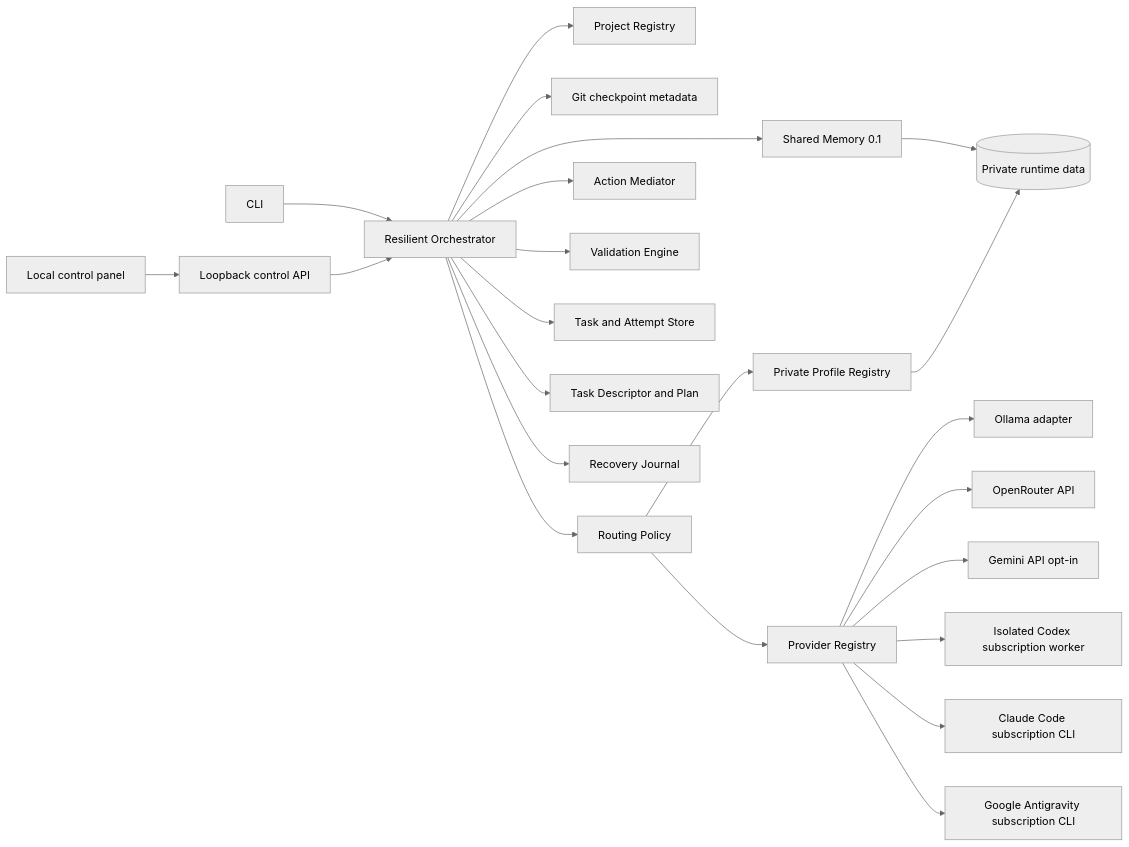
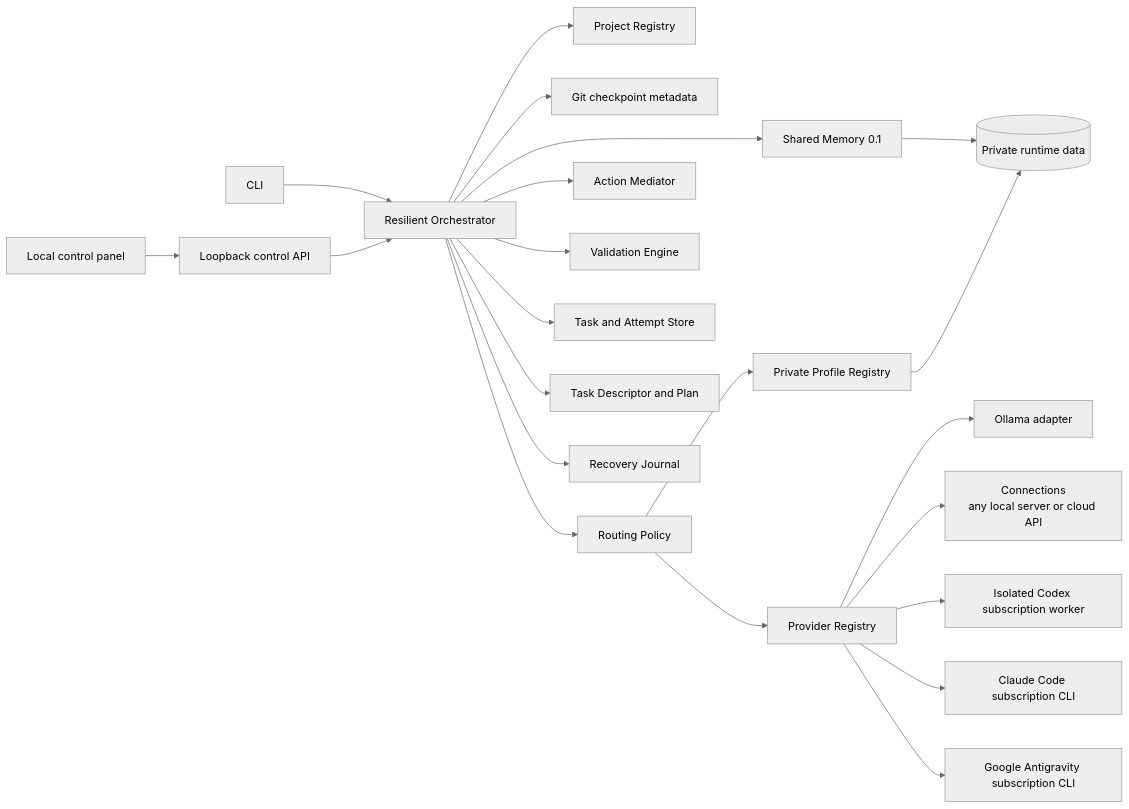
One commit to ricdegre/AI-Router changed the second of 2 diagrams in README.md. Above: the diagram before and after it, drawn with Mermaid (neutral theme). The commit also changed other lines of this file and 30 other files, not shown here.

First line of the commit message:
Connections for any model: local servers and cloud APIs from the dashboard

````diff
--- a/README.md
+++ b/README.md
@@ -87,25 +88,24 @@
 ```mermaid
 flowchart LR
     UI[Local control panel] --> API[Loopback control API]
     CLI[CLI] --> ORCH[Resilient Orchestrator]
     API --> ORCH
     ORCH --> REG[Project Registry]
     ORCH --> MEM[Shared Memory 0.1]
     ORCH --> GIT[Git checkpoint metadata]
     ORCH --> POLICY[Routing Policy]
     ORCH --> ACTIONS[Action Mediator]
     ORCH --> VALIDATE[Validation Engine]
     ORCH --> ATTEMPTS[Task and Attempt Store]
     ORCH --> DESC[Task Descriptor and Plan]
     ORCH --> JOURNAL[Recovery Journal]
     POLICY --> PREG[Provider Registry]
     POLICY --> PROFILES[Private Profile Registry]
     PREG --> OLLAMA[Ollama adapter]
-    PREG --> OPENROUTER[OpenRouter API]
-    PREG --> GEMINI[Gemini API opt-in]
+    PREG --> CONN[Connections<br/>any local server or cloud API]
     PREG --> CODEX[Isolated Codex subscription worker]
     PREG --> CLAUDE[Claude Code subscription CLI]
     PREG --> AGY[Google Antigravity subscription CLI]
     MEM --> DATA[(Private runtime data)]
     PROFILES --> DATA
 ```
````
